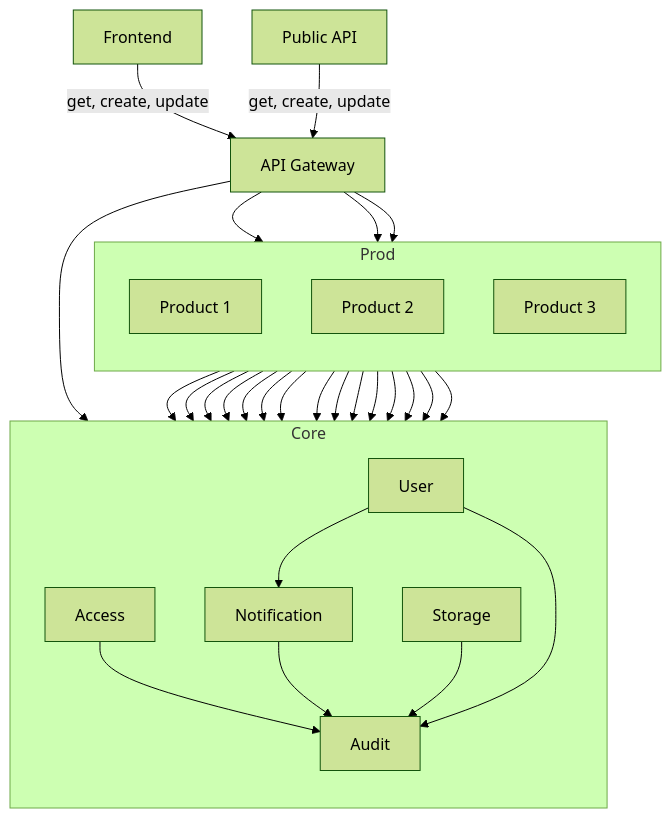
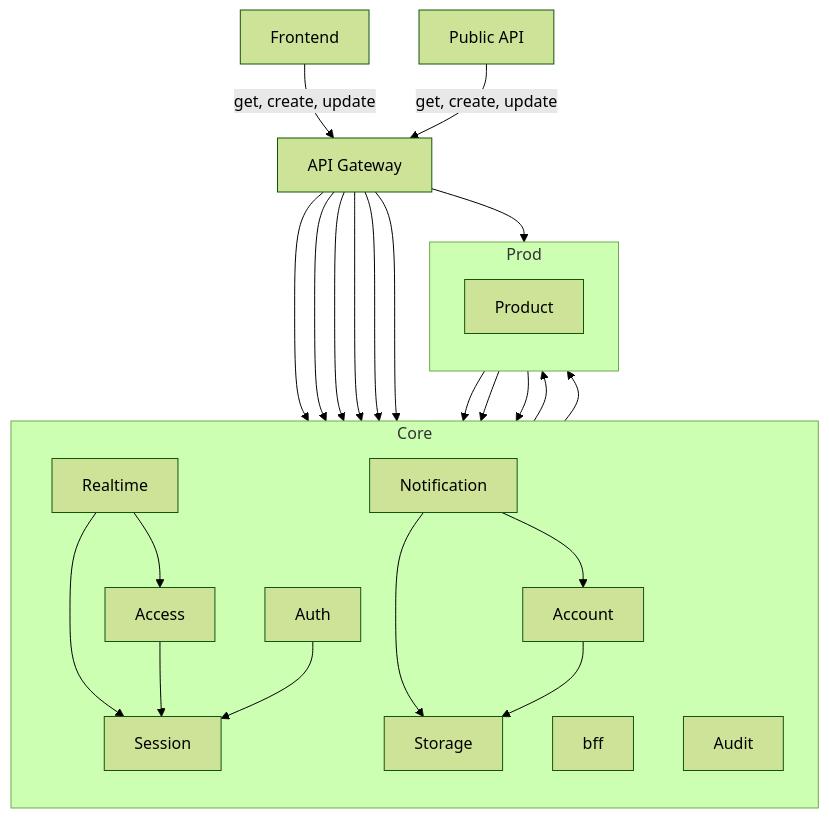
The first of 13 diagrams in task1/schema.md (HotCucumber1/account), drawn with Mermaid (forest theme) before and after one commit. The commit also changed other lines of this file and 1 other file, not shown here.

Commit message:
[schema] Вторая версия схемы

````diff
--- a/task1/schema.md
+++ b/task1/schema.md
@@ -3,44 +3,42 @@
 ```mermaid
 flowchart TB
     subgraph Core
         direction TB
-        C[User]
-        G[Access]
-        H[Notification]
-        S[Storage]
-        K[Audit]
+        A[Account]
+        B[bff]
+        R[Realtime]
+        U[Auth]
+        S[Session]
+        Z[Access]
+        N[Notification]
+        D[Audit]
+        T[Storage]
     end
 
     subgraph Prod
         direction TB
-        D[Product 1]
-        E[Product 2]
-        F[Product 3]
+        P[Product]
     end
-    A[Frontend] -->|get, create, update| B[API Gateway]
-    Z[Public API] -->|get, create, update| B[API Gateway]
-    B --> C[User]
-    B --> D[Product 1]
-    B --> E[Product 2]
-    B --> F[Product 3]
-    C --> H[Notification]
-    D --> G[Access]
-    E --> G[Access]
-    F --> G[Access]
-    D --> C[User]
-    E --> C[User]
-    F --> C[User]
-    D --> H[Notification]
-    E --> H[Notification]
-    F --> H[Notification]
-    D --> S[Storage]
-    E --> S[Storage]
-    F --> S[Storage]
-    G --> K[Audit]
-    H --> K[Audit]
-    S --> K[Audit]
-    C --> K[Audit]
-    D --> K[Audit]
-    E --> K[Audit]
-    F --> K[Audit]
+
+    F[Frontend] -->|get, create, update| G[API Gateway]
+    L[Public API] -->|get, create, update| G[API Gateway]
+    R --> S
+    B --> P
+    R --> Z
+    Z --> S
+    G --> B
+    G --> U
+    G --> Z
+    G --> R
+    G --> D
+    G --> P
+    G --> S
+    N --> A
+    P --> A
+    P --> N
+    P --> T
+    U --> S
+    R --> P
+    N --> T
+    A --> T
 ```
````
